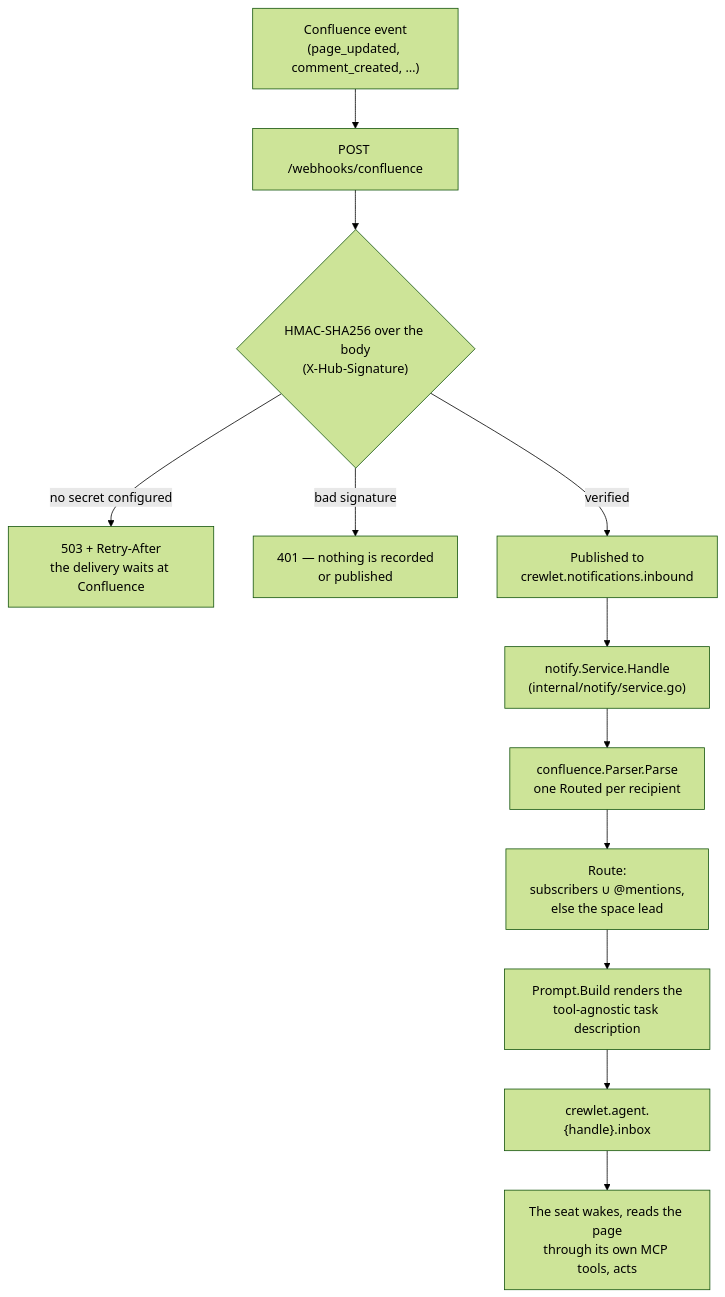
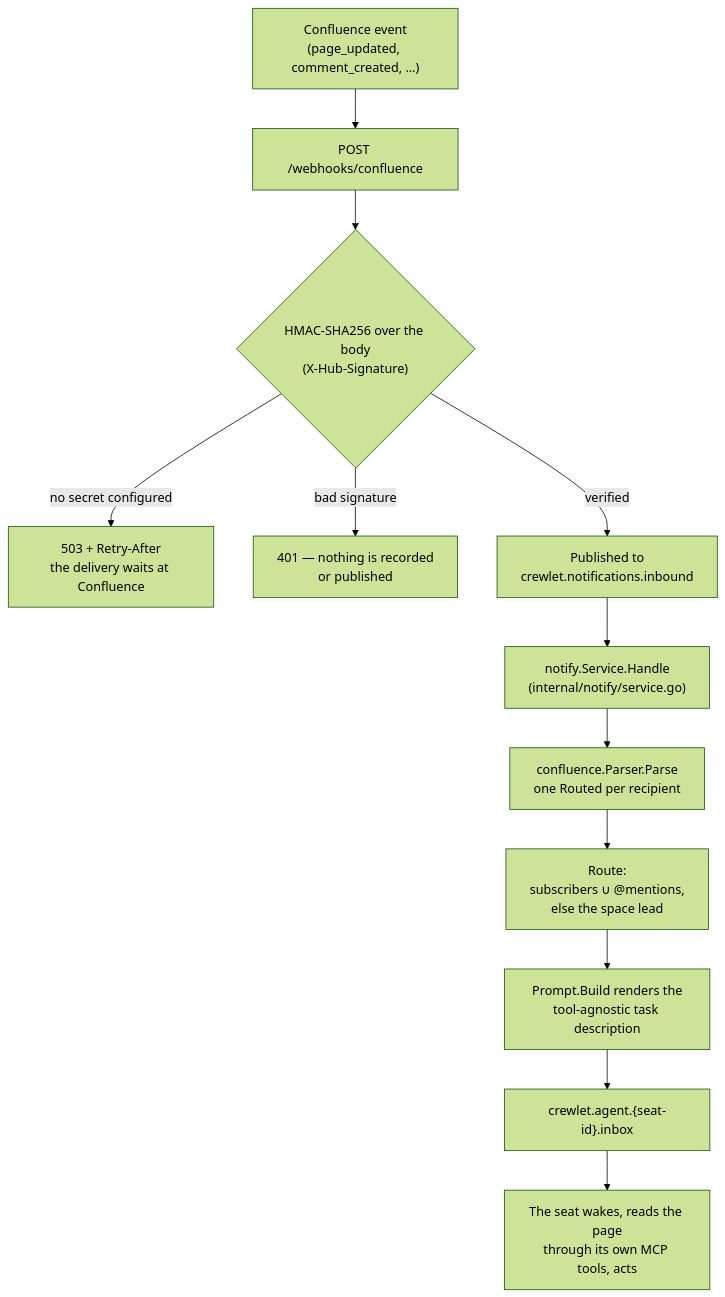
The diagram in docs/integrations/confluence.md (crewlet/crewlet), drawn with Mermaid (forest theme) before and after one commit. The commit also changed 19 other files, not shown here.

````diff
--- a/docs/integrations/confluence.md
+++ b/docs/integrations/confluence.md
@@ -301,14 +301,14 @@
 ```mermaid
 flowchart TD
     A["Confluence event<br/>(page_updated, comment_created, …)"] --> B["POST /webhooks/confluence"]
     B --> C{"HMAC-SHA256 over the body<br/>(X-Hub-Signature)"}
     C -- "no secret configured" --> R1["503 + Retry-After<br/>the delivery waits at Confluence"]
     C -- "bad signature" --> R2["401 — nothing is recorded<br/>or published"]
     C -- "verified" --> D["Published to<br/>crewlet.notifications.inbound"]
     D --> E["notify.Service.Handle<br/>(internal/notify/service.go)"]
     E --> F["confluence.Parser.Parse<br/>one Routed per recipient"]
     F --> G["Route:<br/>subscribers ∪ @mentions,<br/>else the space lead"]
     G --> H["Prompt.Build renders the<br/>tool-agnostic task description"]
-    H --> I["crewlet.agent.{handle}.inbox"]
+    H --> I["crewlet.agent.{seat-id}.inbox"]
     I --> J["The seat wakes, reads the page<br/>through its own MCP tools, acts"]
 ```
````
